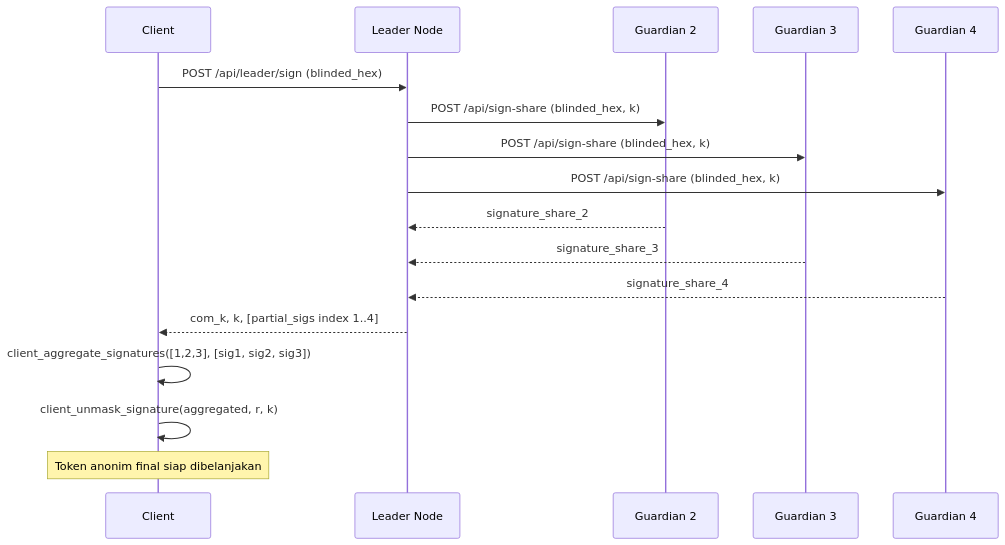
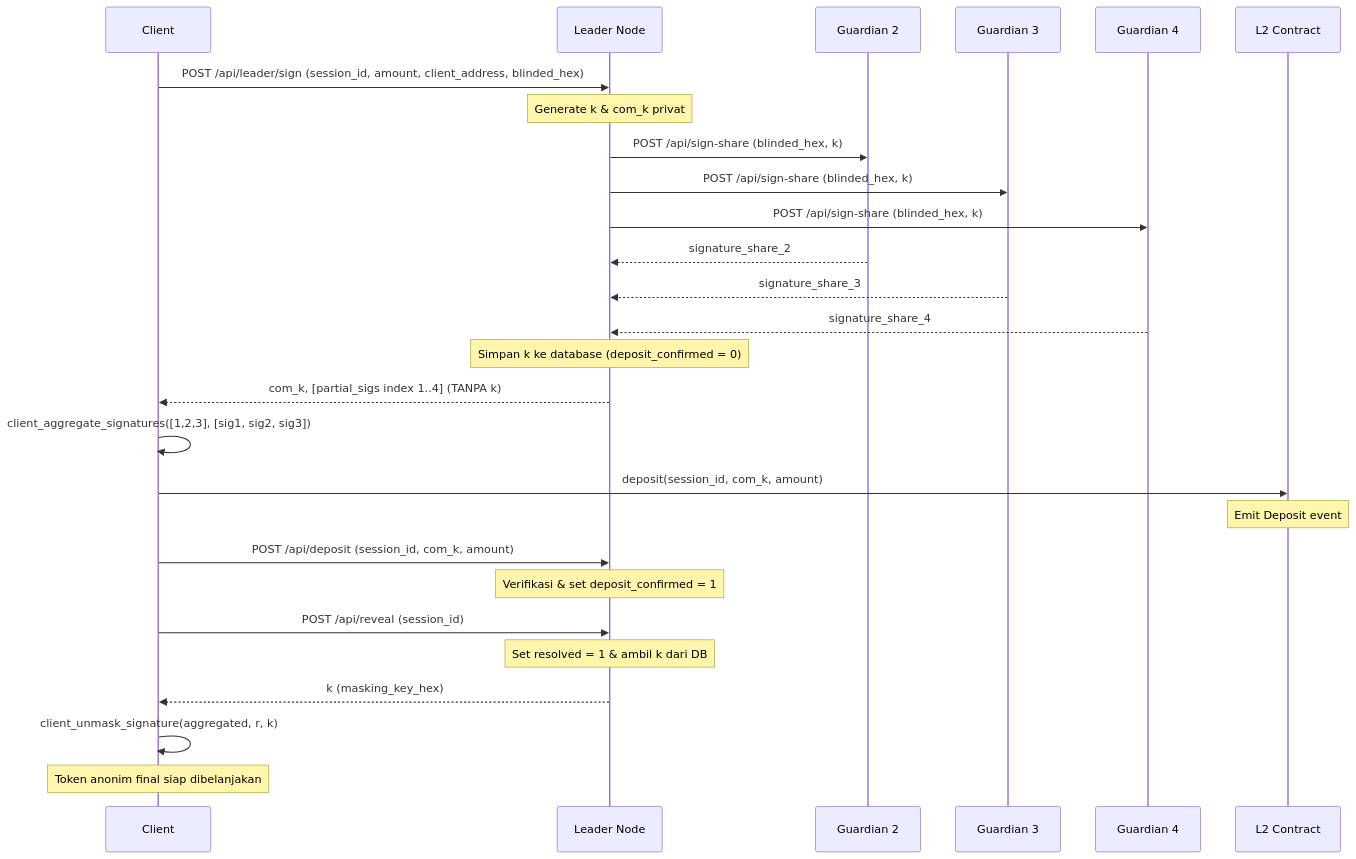
The third of 4 diagrams in docs/relayer.md (0xReLogic/Zeltra-Protocol), drawn with Mermaid before and after one commit. The commit also changed other lines of this file and 7 other files, not shown here.

Commit message:
impl: atomic release flow for masking key k and implement DEC-004

````diff
--- a/docs/relayer.md
+++ b/docs/relayer.md
@@ -360,14 +366,23 @@
 ```mermaid
 sequenceDiagram
-    Client->>Leader Node: POST /api/leader/sign (blinded_hex)
+    Client->>Leader Node: POST /api/leader/sign (session_id, amount, client_address, blinded_hex)
+    Note over Leader Node: Generate k & com_k privat
     Leader Node->>Guardian 2: POST /api/sign-share (blinded_hex, k)
     Leader Node->>Guardian 3: POST /api/sign-share (blinded_hex, k)
     Leader Node->>Guardian 4: POST /api/sign-share (blinded_hex, k)
     Guardian 2-->>Leader Node: signature_share_2
     Guardian 3-->>Leader Node: signature_share_3
     Guardian 4-->>Leader Node: signature_share_4
-    Leader Node-->>Client: com_k, k, [partial_sigs index 1..4]
+    Note over Leader Node: Simpan k ke database (deposit_confirmed = 0)
+    Leader Node-->>Client: com_k, [partial_sigs index 1..4] (TANPA k)
     Client->>Client: client_aggregate_signatures([1,2,3], [sig1, sig2, sig3])
+    Client->>L2 Contract: deposit(session_id, com_k, amount)
+    Note over L2 Contract: Emit Deposit event
+    Client->>Leader Node: POST /api/deposit (session_id, com_k, amount)
+    Note over Leader Node: Verifikasi & set deposit_confirmed = 1
+    Client->>Leader Node: POST /api/reveal (session_id)
+    Note over Leader Node: Set resolved = 1 & ambil k dari DB
+    Leader Node-->>Client: k (masking_key_hex)
     Client->>Client: client_unmask_signature(aggregated, r, k)
     Note over Client: Token anonim final siap dibelanjakan
 ```
````
